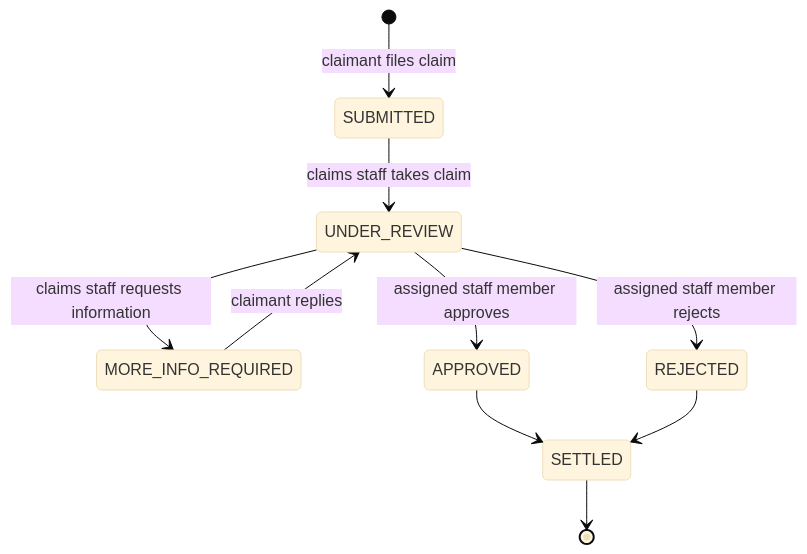
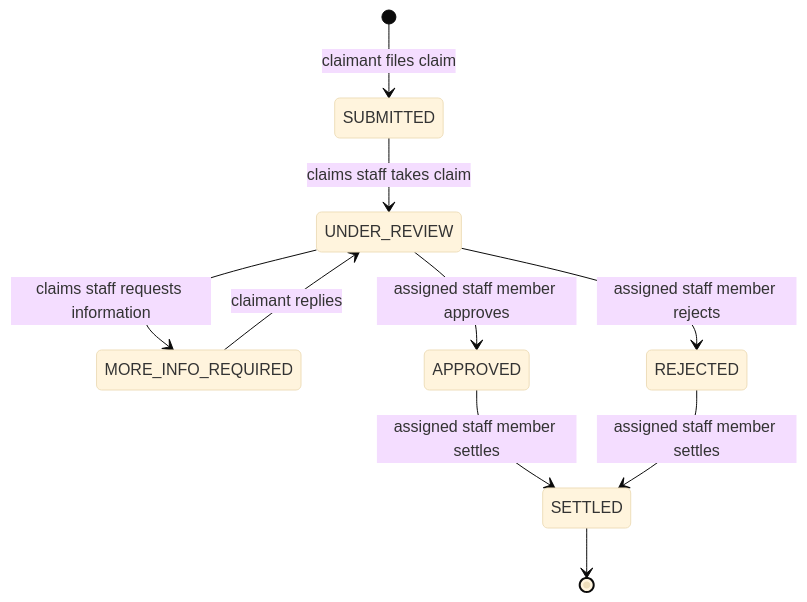
The third of 4 diagrams in architecture.md (Prathyusha0405/Claims-Platform), drawn with Mermaid (base theme) before and after one commit. The commit also changed other lines of this file and 31 other files, not shown here.

Commit message:
Claim Approval Flow

````diff
--- a/architecture.md
+++ b/architecture.md
@@ -161,12 +162,12 @@
 ```mermaid
 stateDiagram-v2
     [*] --> SUBMITTED: claimant files claim
     SUBMITTED --> UNDER_REVIEW: claims staff takes claim
     UNDER_REVIEW --> MORE_INFO_REQUIRED: claims staff requests information
     MORE_INFO_REQUIRED --> UNDER_REVIEW: claimant replies
     UNDER_REVIEW --> APPROVED: assigned staff member approves
     UNDER_REVIEW --> REJECTED: assigned staff member rejects
-    APPROVED --> SETTLED
-    REJECTED --> SETTLED
+    APPROVED --> SETTLED: assigned staff member settles
+    REJECTED --> SETTLED: assigned staff member settles
     SETTLED --> [*]
 ```
````
